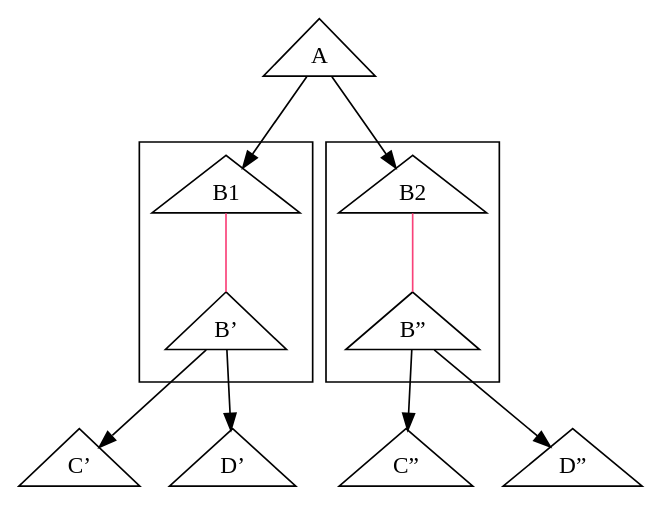
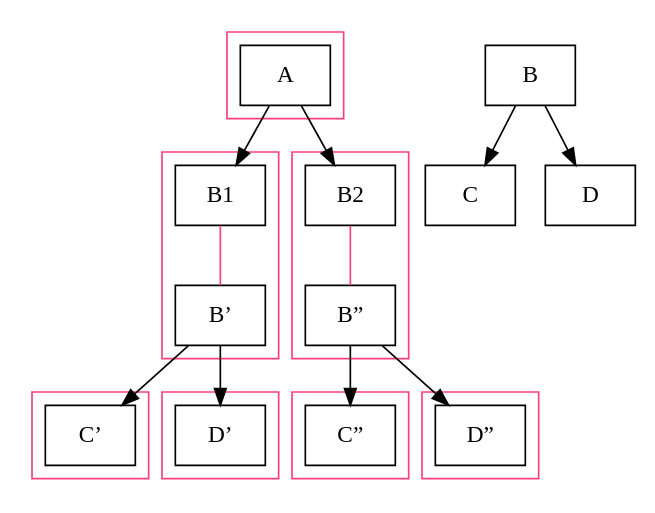
One commit to bendr/bender changed the diagram in spec/fig/view-stack-2.gv. Above: the diagram before and after it, drawn with Graphviz. The commit also changed 12 other files, not shown here.

```diff
--- a/spec/fig/view-stack-2.gv
+++ b/spec/fig/view-stack-2.gv
@@ -1,27 +1,38 @@
 digraph tree {
   node [fontname="Avenir Next"];
   edge [fontname="Avenir Next"];
 
-  VA [label="A" shape=triangle]
-  VB1 [label="B1" shape=triangle]
-  VB2 [label="B2" shape=triangle]
-  VB_ [label="B’" shape=triangle]
-  VC_ [label="C’" shape=triangle]
-  VD_ [label="D’" shape=triangle]
-  VB__ [label="B”" shape=triangle]
-  VC__ [label="C”" shape=triangle]
-  VD__ [label="D”" shape=triangle]
+  VA [label="A" shape=box]
+  VB1 [label="B1" shape=box]
+  VB2 [label="B2" shape=box]
+  VB [label="B" shape=box]
+  VC [label="C" shape=box]
+  VD [label="D" shape=box]
+  VB_ [label="B’" shape=box]
+  VC_ [label="C’" shape=box]
+  VD_ [label="D’" shape=box]
+  VB__ [label="B”" shape=box]
+  VC__ [label="C”" shape=box]
+  VD__ [label="D”" shape=box]
 
   VA -> VB1
   VA -> VB2
   VB1 -> VB_ [dir=none, color="#f94179"]
   VB2 -> VB__ [dir=none, color="#f94179"]
   VB_ -> VC_
   VB_ -> VD_
   VB__ -> VC__
   VB__ -> VD__
 
-  subgraph cluster1 { VB1; VB_ }
-  subgraph cluster2 { VB2; VB__ }
+  VB -> VC
+  VB -> VD
+
+  subgraph cluster0 { color="#f94179"; VA }
+  subgraph cluster1 { color="#f94179"; VB1; VB_ }
+  subgraph cluster2 { color="#f94179"; VB2; VB__ }
+  subgraph cluster3 { color="#f94179"; VC_ }
+  subgraph cluster4 { color="#f94179"; VD_ }
+  subgraph cluster5 { color="#f94179"; VC__ }
+  subgraph cluster6 { color="#f94179"; VD__ }
 
 }
```
